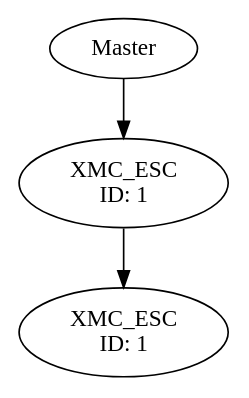
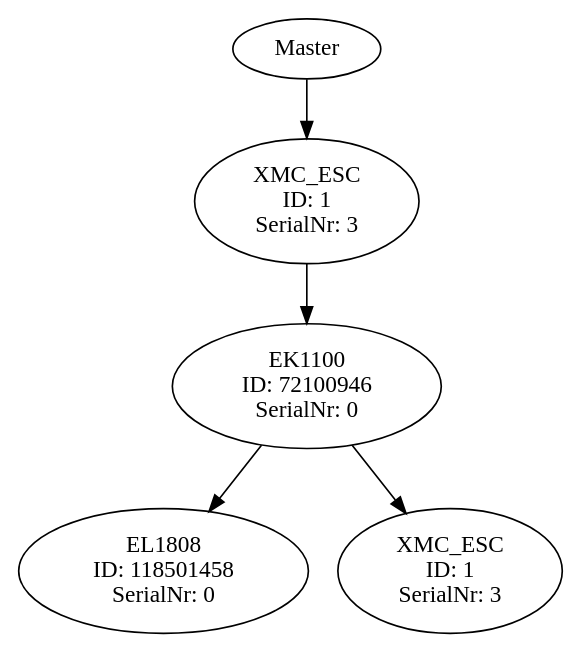
One commit to Robin-Geissler/SOEM-TopologyMonitoring changed the diagram in vizFiles/graphViz.gv. Above: the diagram before and after it, drawn with Graphviz. The commit also changed 1 other file, not shown here.

```diff
--- a/vizFiles/graphViz.gv
+++ b/vizFiles/graphViz.gv
@@ -1,8 +1,12 @@
 digraph G {
 
 node_0 [label="Master"]
-node_1 [label="XMC_ESC\nID: 1"];
+node_1 [label="XMC_ESC\nID: 1\nSerialNr: 3"];
 node_0 -> node_1;
-node_2 [label="XMC_ESC\nID: 1"];
+node_2 [label="EK1100\nID: 72100946\nSerialNr: 0"];
 node_1 -> node_2;
+node_3 [label="EL1808\nID: 118501458\nSerialNr: 0"];
+node_2 -> node_3;
+node_4 [label="XMC_ESC\nID: 1\nSerialNr: 3"];
+node_2 -> node_4;
 }
```
